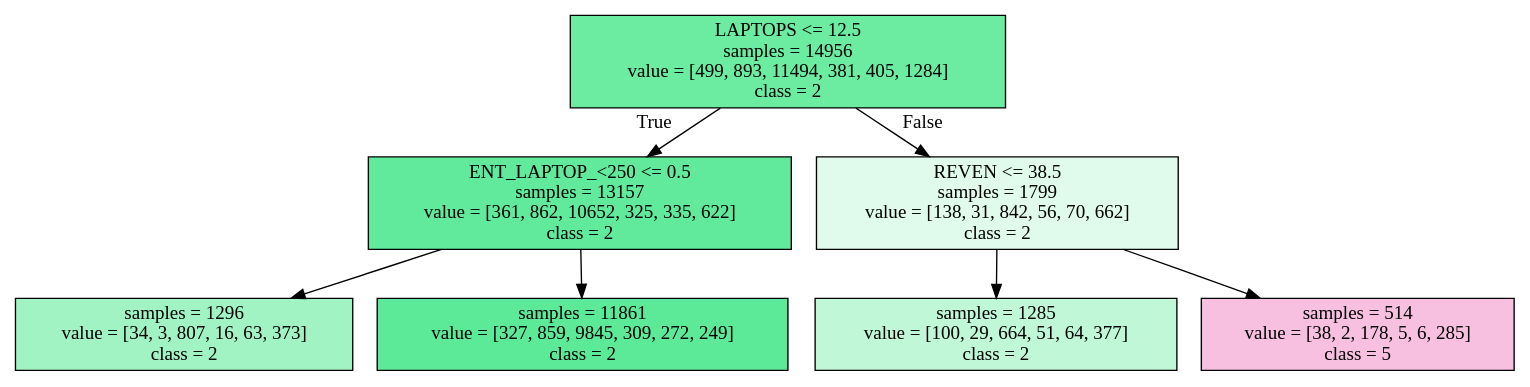
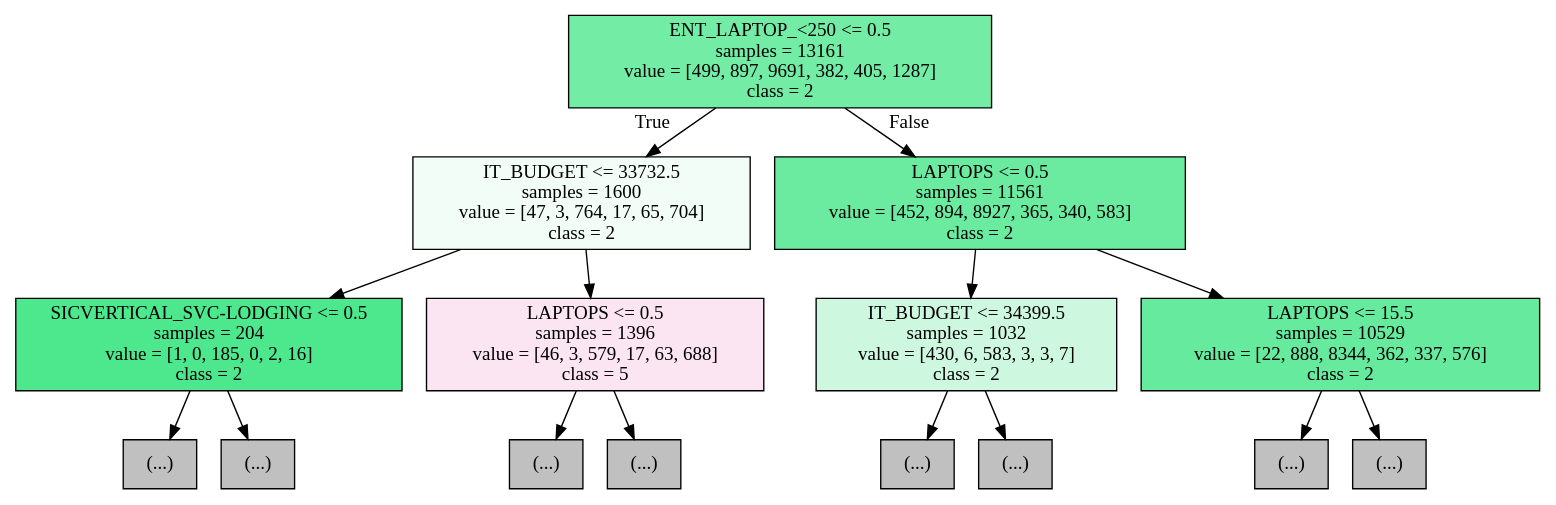
One commit to AlaaBejaoui/AberdeenProject changed the diagram in AberdeenProject/results/decisionTree.dot. Above: the diagram before and after it, drawn with Graphviz. The commit also changed 8 other files, not shown here.

```diff
--- a/AberdeenProject/results/decisionTree.dot
+++ b/AberdeenProject/results/decisionTree.dot
@@ -1,16 +1,32 @@
 digraph Tree {
 node [shape=box, style="filled", color="black"] ;
-0 [label="LAPTOPS <= 12.5\nsamples = 14956\nvalue = [499, 893, 11494, 381, 405, 1284]\nclass = 2", fillcolor="#6beca1"] ;
-1 [label="ENT_LAPTOP_<250 <= 0.5\nsamples = 13157\nvalue = [361, 862, 10652, 325, 335, 622]\nclass = 2", fillcolor="#61ea9b"] ;
+0 [label="ENT_LAPTOP_<250 <= 0.5\nsamples = 13161\nvalue = [499, 897, 9691, 382, 405, 1287]\nclass = 2", fillcolor="#73eda6"] ;
+1 [label="IT_BUDGET <= 33732.5\nsamples = 1600\nvalue = [47, 3, 764, 17, 65, 704]\nclass = 2", fillcolor="#f2fdf7"] ;
 0 -> 1 [labeldistance=2.5, labelangle=45, headlabel="True"] ;
-2 [label="samples = 1296\nvalue = [34, 3, 807, 16, 63, 373]\nclass = 2", fillcolor="#a2f3c4"] ;
+2 [label="SICVERTICAL_SVC-LODGING <= 0.5\nsamples = 204\nvalue = [1, 0, 185, 0, 2, 16]\nclass = 2", fillcolor="#4de88e"] ;
 1 -> 2 ;
-3 [label="samples = 11861\nvalue = [327, 859, 9845, 309, 272, 249]\nclass = 2", fillcolor="#5dea98"] ;
-1 -> 3 ;
-4 [label="REVEN <= 38.5\nsamples = 1799\nvalue = [138, 31, 842, 56, 70, 662]\nclass = 2", fillcolor="#e0fbeb"] ;
-0 -> 4 [labeldistance=2.5, labelangle=-45, headlabel="False"] ;
-5 [label="samples = 1285\nvalue = [100, 29, 664, 51, 64, 377]\nclass = 2", fillcolor="#c0f7d7"] ;
-4 -> 5 ;
-6 [label="samples = 514\nvalue = [38, 2, 178, 5, 6, 285]\nclass = 5", fillcolor="#f7c0e0"] ;
-4 -> 6 ;
+3 [label="(...)", fillcolor="#C0C0C0"] ;
+2 -> 3 ;
+20 [label="(...)", fillcolor="#C0C0C0"] ;
+2 -> 20 ;
+21 [label="LAPTOPS <= 0.5\nsamples = 1396\nvalue = [46, 3, 579, 17, 63, 688]\nclass = 5", fillcolor="#fce5f2"] ;
+1 -> 21 ;
+22 [label="(...)", fillcolor="#C0C0C0"] ;
+21 -> 22 ;
+35 [label="(...)", fillcolor="#C0C0C0"] ;
+21 -> 35 ;
+130 [label="LAPTOPS <= 0.5\nsamples = 11561\nvalue = [452, 894, 8927, 365, 340, 583]\nclass = 2", fillcolor="#6aeba0"] ;
+0 -> 130 [labeldistance=2.5, labelangle=-45, headlabel="False"] ;
+131 [label="IT_BUDGET <= 34399.5\nsamples = 1032\nvalue = [430, 6, 583, 3, 3, 7]\nclass = 2", fillcolor="#cdf8df"] ;
+130 -> 131 ;
+132 [label="(...)", fillcolor="#C0C0C0"] ;
+131 -> 132 ;
+167 [label="(...)", fillcolor="#C0C0C0"] ;
+131 -> 167 ;
+206 [label="LAPTOPS <= 15.5\nsamples = 10529\nvalue = [22, 888, 8344, 362, 337, 576]\nclass = 2", fillcolor="#66eb9e"] ;
+130 -> 206 ;
+207 [label="(...)", fillcolor="#C0C0C0"] ;
+206 -> 207 ;
+312 [label="(...)", fillcolor="#C0C0C0"] ;
+206 -> 312 ;
 }
```
